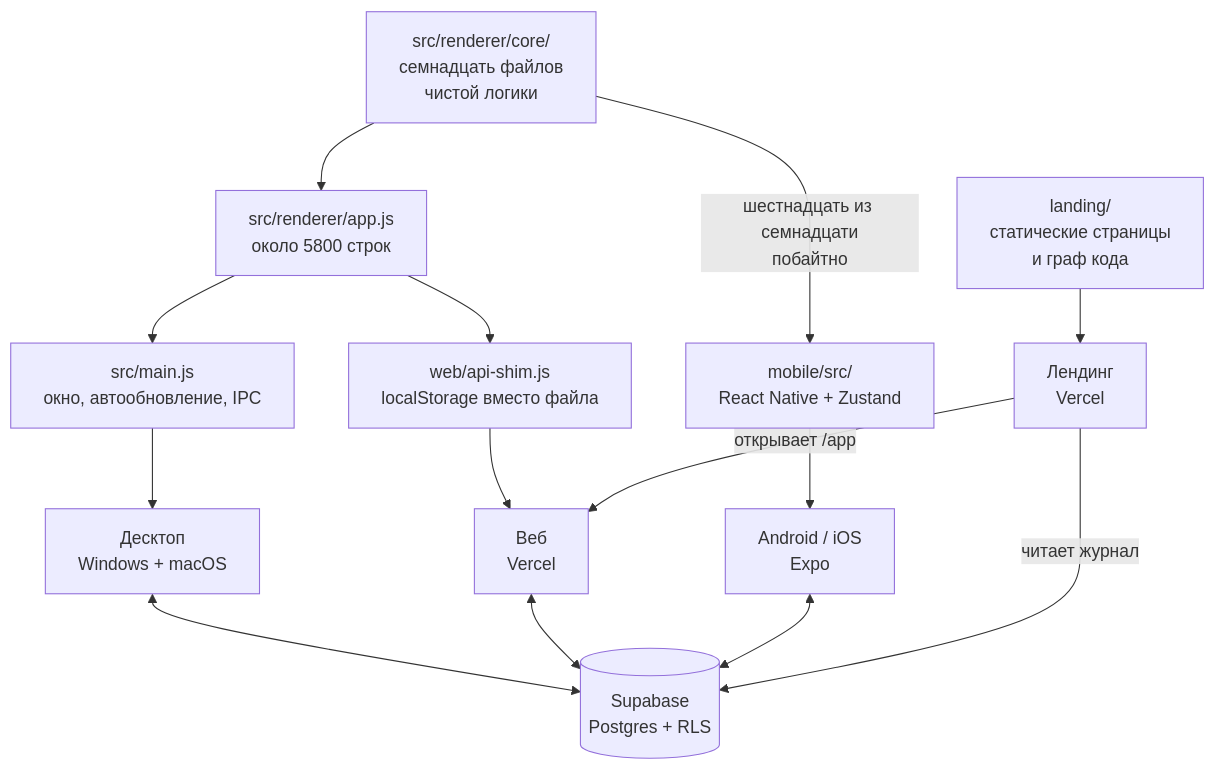
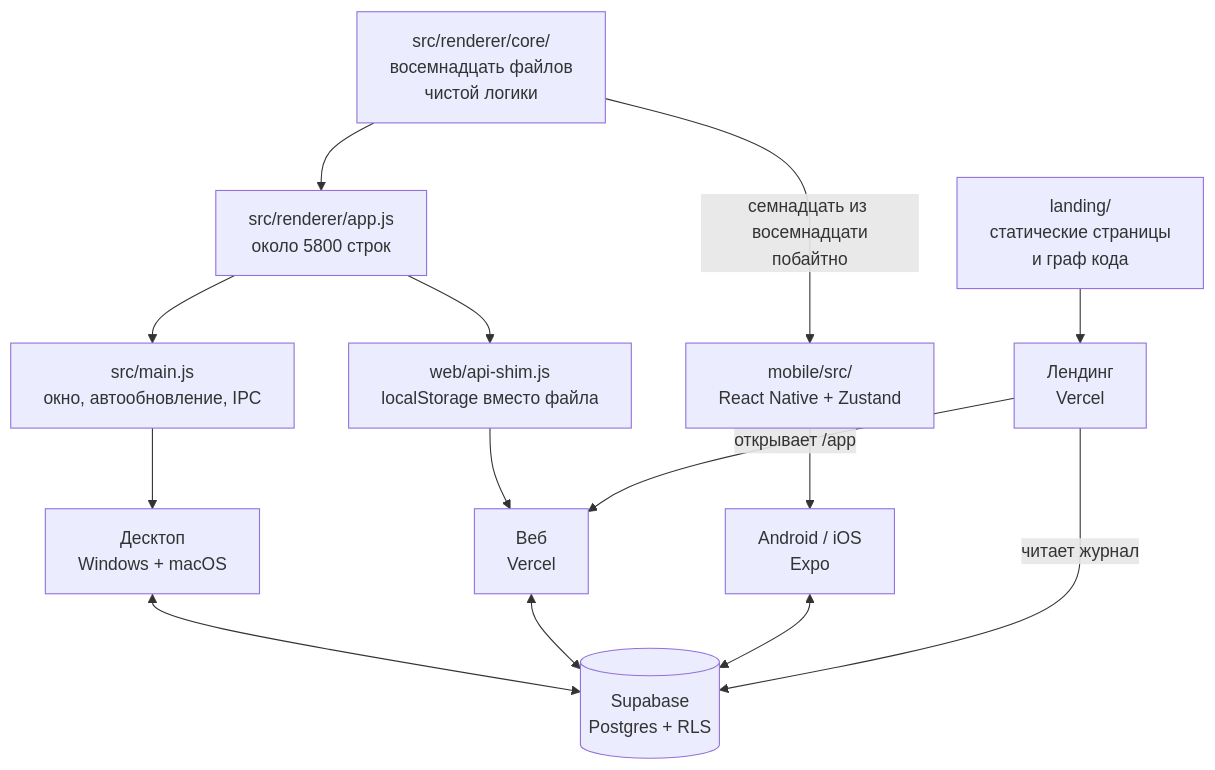
The first of 3 diagrams in ARCHITECTURE.md (lancibleofficial/Lancible), drawn with Mermaid before and after one commit. The commit also changed other lines of this file and 135 other files, not shown here.

````diff
--- a/ARCHITECTURE.md
+++ b/ARCHITECTURE.md
@@ -33,26 +33,26 @@
 ```mermaid
 graph TD
-    CORE["src/renderer/core/<br/>семнадцать файлов<br/>чистой логики"]
+    CORE["src/renderer/core/<br/>восемнадцать файлов<br/>чистой логики"]
 
     APP["src/renderer/app.js<br/>около 5800 строк"]
     MAIN["src/main.js<br/>окно, автообновление, IPC"]
     SHIM["web/api-shim.js<br/>localStorage вместо файла"]
     MOB["mobile/src/<br/>React Native + Zustand"]
     LAND["landing/<br/>статические страницы<br/>и граф кода"]
 
     CORE --> APP
-    CORE -->|"шестнадцать из семнадцати<br/>побайтно"| MOB
+    CORE -->|"семнадцать из восемнадцати<br/>побайтно"| MOB
     APP --> MAIN
     APP --> SHIM
     MAIN --> DESK["Десктоп<br/>Windows + macOS"]
     SHIM --> WEB["Веб<br/>Vercel"]
     MOB --> ANDROID["Android / iOS<br/>Expo"]
     LAND --> SITE["Лендинг<br/>Vercel"]
 
     SB[("Supabase<br/>Postgres + RLS")]
     DESK <--> SB
     WEB <--> SB
     ANDROID <--> SB
     SITE -->|"читает журнал"| SB
     SITE -->|"открывает /app"| WEB
 ```
````
